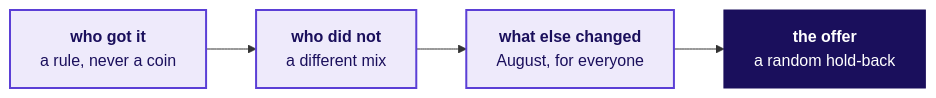
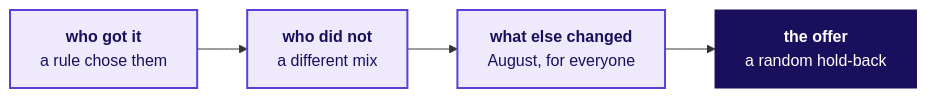
The seventh of 15 diagrams in content/W01/D4/slides/C2_W01_D04_half2_STUDENT.md (fde-academy-lab/c2-content-factory), drawn with Mermaid before and after one commit. The commit also changed other lines of this file and 4 other files, not shown here.

````diff
--- a/content/W01/D4/slides/C2_W01_D04_half2_STUDENT.md
+++ b/content/W01/D4/slides/C2_W01_D04_half2_STUDENT.md
@@ -253,10 +275,10 @@
 ```mermaid
 flowchart LR
-    W["<b>who got it</b><br/>a rule, never a coin"] --> N["<b>who did not</b><br/>a different mix"]
+    W["<b>who got it</b><br/>a rule chose them"] --> N["<b>who did not</b><br/>a different mix"]
     N --> E["<b>what else changed</b><br/>August, for everyone"]
     E --> T["<b>the offer</b><br/>a random hold-back"]
     classDef known fill:#EEEAFB,stroke:#5B3FD6,color:#1A0F5C,stroke-width:2px
     classDef bet fill:#1A0F5C,stroke:#1A0F5C,color:#FFFFFF
     class W,N,E known
     class T bet
 ```
````
